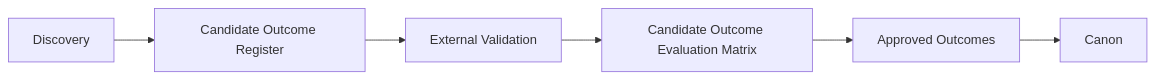
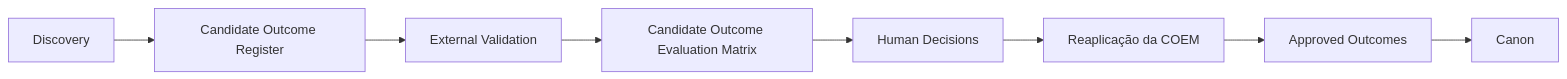
Before and after one commit to guivos-repositorio/Guivos-Knowledge-Repository: the third of 3 diagrams in docs/business-architecture/strategy/business-outcomes.md, drawn with Mermaid. The commit also changed other lines of this file, not shown here.

````diff
--- a/docs/business-architecture/strategy/business-outcomes.md
+++ b/docs/business-architecture/strategy/business-outcomes.md
@@ -189,8 +191,10 @@
 ```mermaid
 graph LR
     D[Discovery] --> COR[Candidate Outcome Register]
     COR --> EV[External Validation]
     EV --> COEM[Candidate Outcome Evaluation Matrix]
-    COEM --> AO[Approved Outcomes]
+    COEM --> HD[Human Decisions]
+    HD --> RCOEM[Reaplicação da COEM]
+    RCOEM --> AO[Approved Outcomes]
     AO --> C[Canon]
 ```
````
